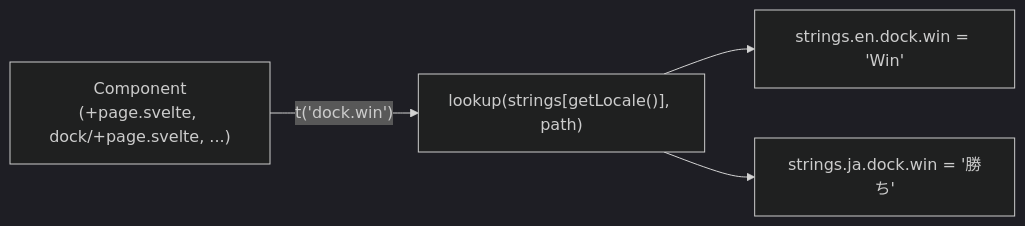
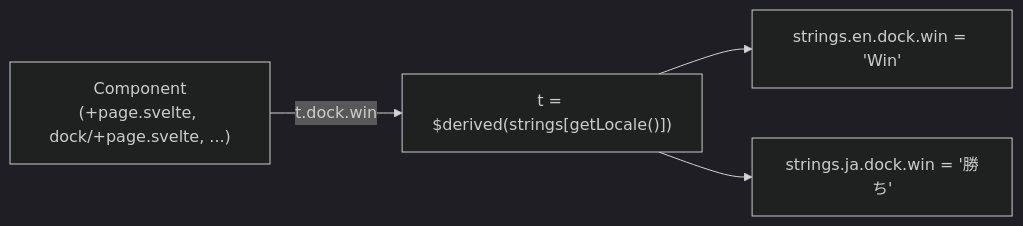
One commit to hk0i/streakingftw changed the third of 4 diagrams in docs/2026-08-25-EDD-L10N.md. Above: the diagram before and after it, drawn with Mermaid (dark theme). The commit also changed other lines of this file and 10 other files, not shown here.

````diff
--- a/docs/2026-08-25-EDD-L10N.md
+++ b/docs/2026-08-25-EDD-L10N.md
@@ -113,6 +118,6 @@
 ```mermaid
 flowchart LR
-    C["Component\n(+page.svelte, dock/+page.svelte, ...)"] -->|"t('dock.win')"| L["lookup(strings[getLocale()], path)"]
+    C["Component\n(+page.svelte, dock/+page.svelte, ...)"] -->|"t.dock.win"| L["t = $derived(strings[getLocale()])"]
     L --> EN["strings.en.dock.win = 'Win'"]
     L --> JA["strings.ja.dock.win = '勝ち'"]
 ```
````
